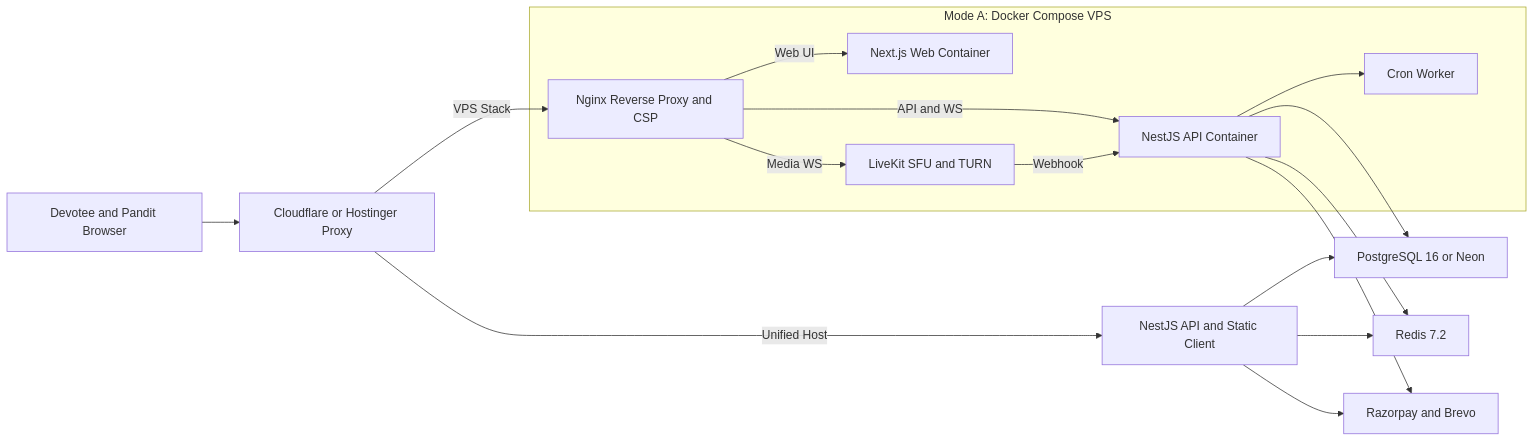
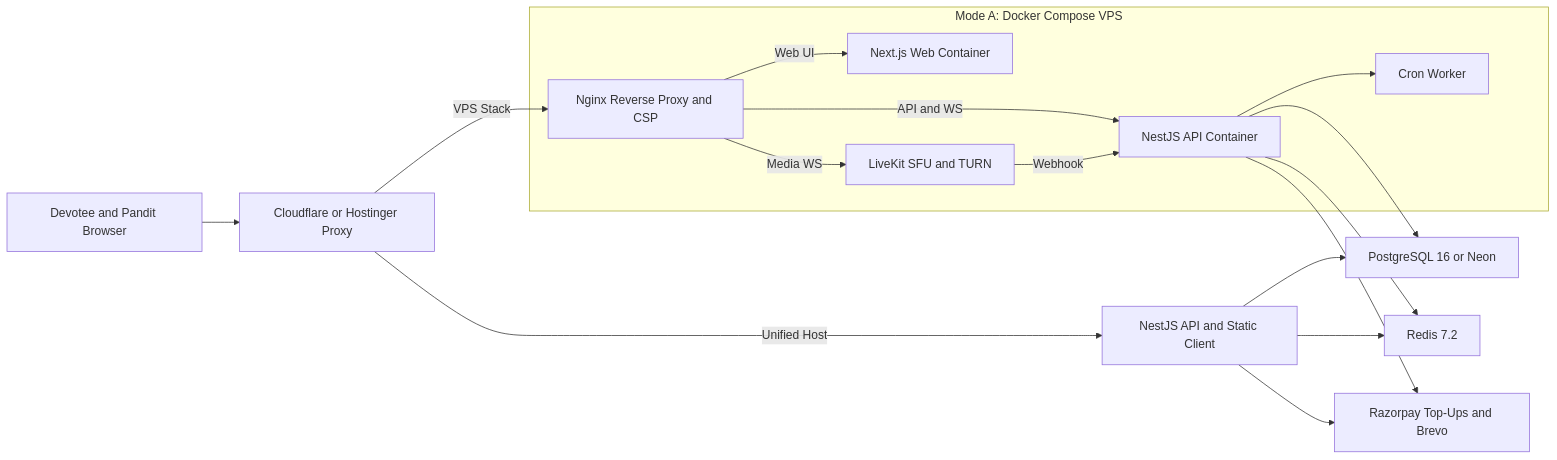
Before and after one commit to AnkitTiwari2005/LIVE-STREAM: the first of 3 diagrams in README.md, drawn with Mermaid. The commit also changed other lines of this file, not shown here.

````diff
--- a/README.md
+++ b/README.md
@@ -73,21 +74,21 @@
 ```mermaid
 flowchart LR
     user["Devotee and Pandit Browser"] --> proxy["Cloudflare or Hostinger Proxy"]
     proxy -->|"Unified Host"| unified["NestJS API and Static Client"]
 
     subgraph vps ["Mode A: Docker Compose VPS"]
         nginx["Nginx Reverse Proxy and CSP"] -->|"Web UI"| web["Next.js Web Container"]
         nginx -->|"API and WS"| api["NestJS API Container"]
         nginx -->|"Media WS"| lk["LiveKit SFU and TURN"]
         api --> worker["Cron Worker"]
         lk -->|"Webhook"| api
     end
 
     proxy -->|"VPS Stack"| nginx
     api --> pg["PostgreSQL 16 or Neon"]
     unified --> pg
     api --> redis["Redis 7.2"]
     unified --> redis
-    api --> pay["Razorpay and Brevo"]
+    api --> pay["Razorpay Top-Ups and Brevo"]
     unified --> pay
 ```
````
